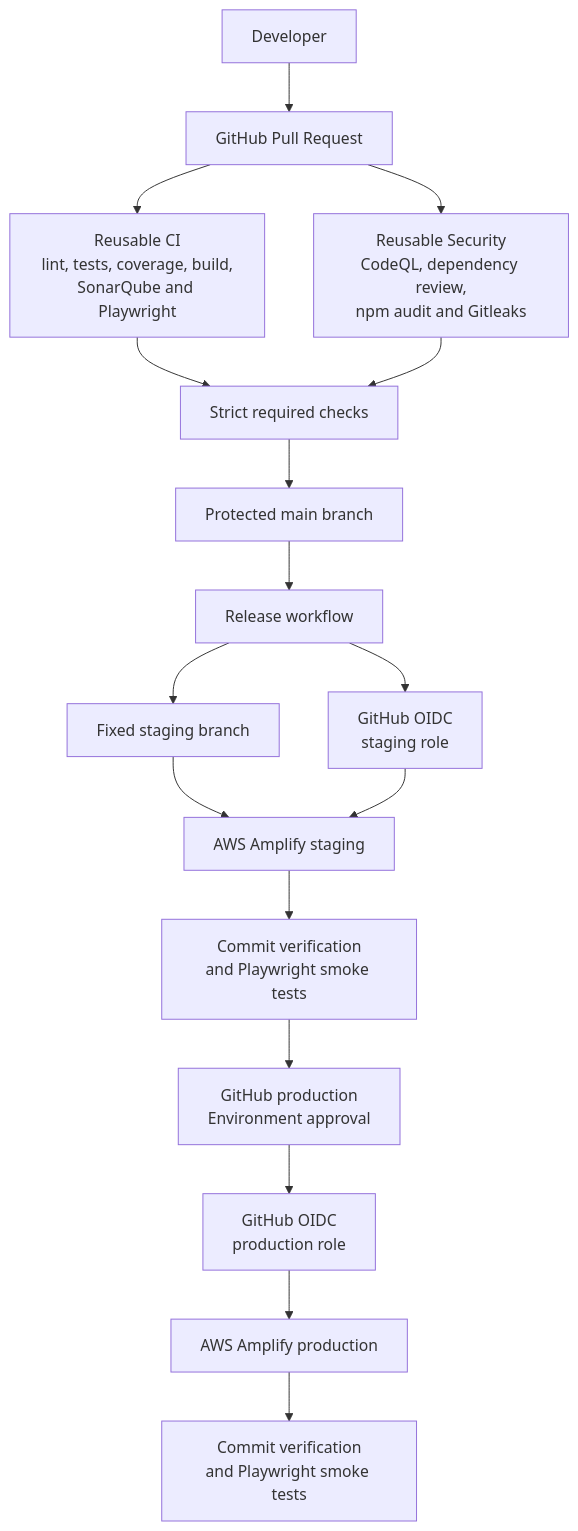
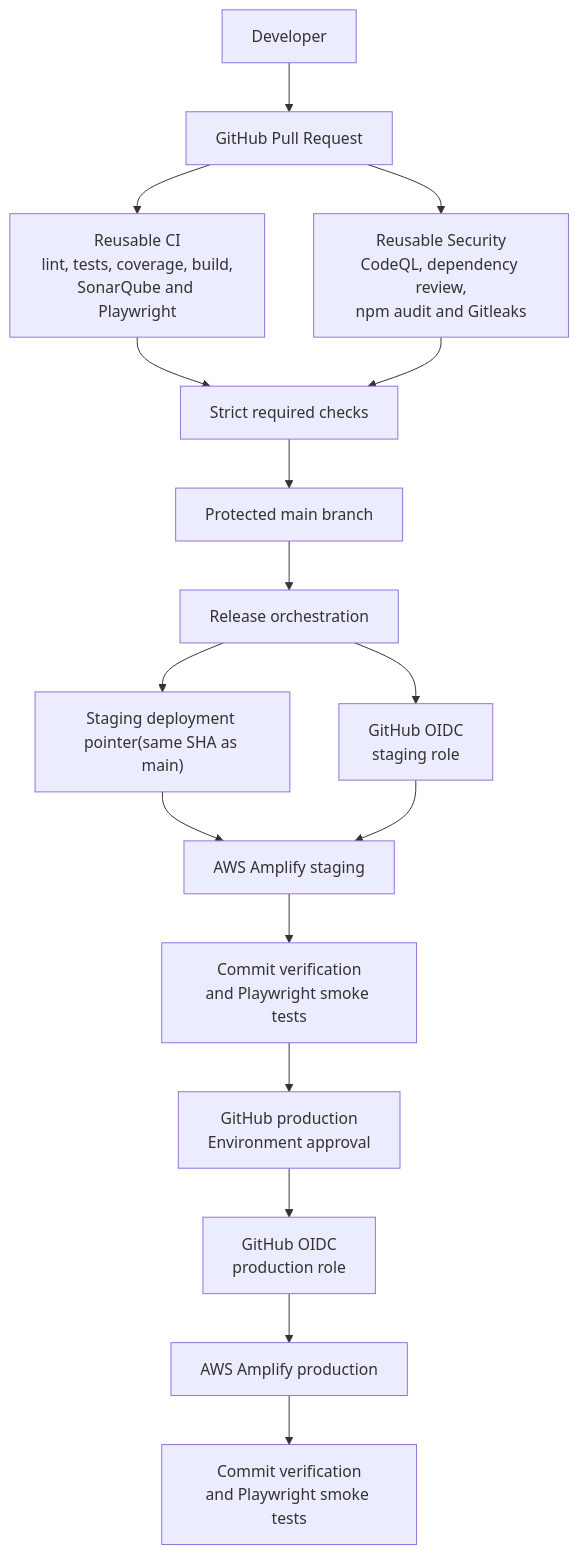
The diagram in README.md (DDongZheng/flightops-secure-delivery), drawn with Mermaid before and after one commit.

Commit message:
docs: clarify release architecture diagram (#16)

````diff
--- a/README.md
+++ b/README.md
@@ -44,24 +44,24 @@
 ```mermaid
 flowchart TD
     Developer["Developer"] --> PR["GitHub Pull Request"]
 
     PR --> CI["Reusable CI<br/>lint, tests, coverage, build,<br/>SonarQube and Playwright"]
     PR --> Security["Reusable Security<br/>CodeQL, dependency review,<br/>npm audit and Gitleaks"]
 
     CI --> Gate["Strict required checks"]
     Security --> Gate
     Gate --> Main["Protected main branch"]
 
-    Main --> Release["Release workflow"]
-    Release --> StagingBranch["Fixed staging branch"]
+    Main --> Release["Release orchestration"]
+    Release --> StagingBranch["Staging deployment pointer(same SHA as main)"]
     Release --> StagingOIDC["GitHub OIDC<br/>staging role"]
 
     StagingBranch --> AmplifyStaging["AWS Amplify staging"]
     StagingOIDC --> AmplifyStaging
     AmplifyStaging --> StagingVerify["Commit verification<br/>and Playwright smoke tests"]
 
     StagingVerify --> Approval["GitHub production<br/>Environment approval"]
     Approval --> ProductionOIDC["GitHub OIDC<br/>production role"]
     ProductionOIDC --> AmplifyProduction["AWS Amplify production"]
     AmplifyProduction --> ProductionVerify["Commit verification<br/>and Playwright smoke tests"]
 ```
````
